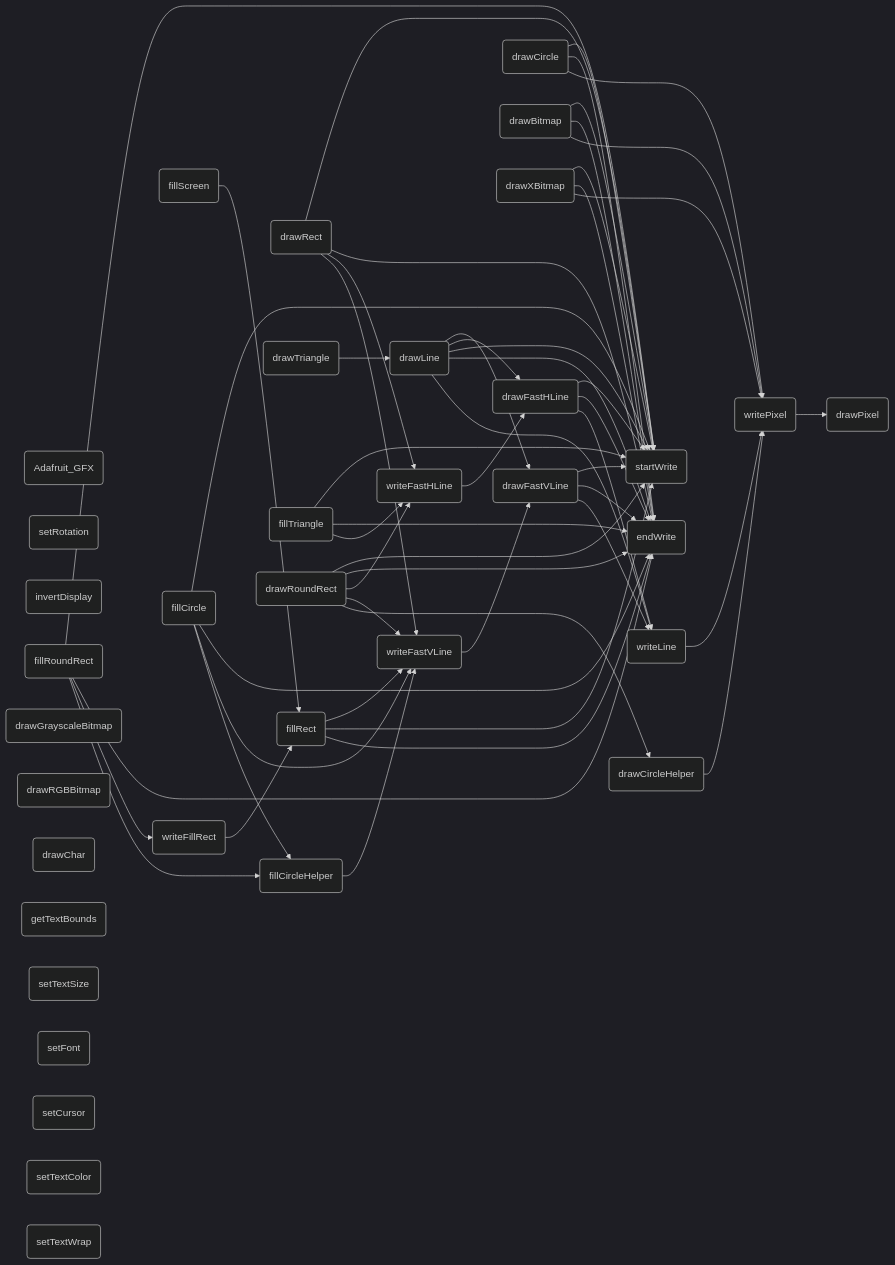
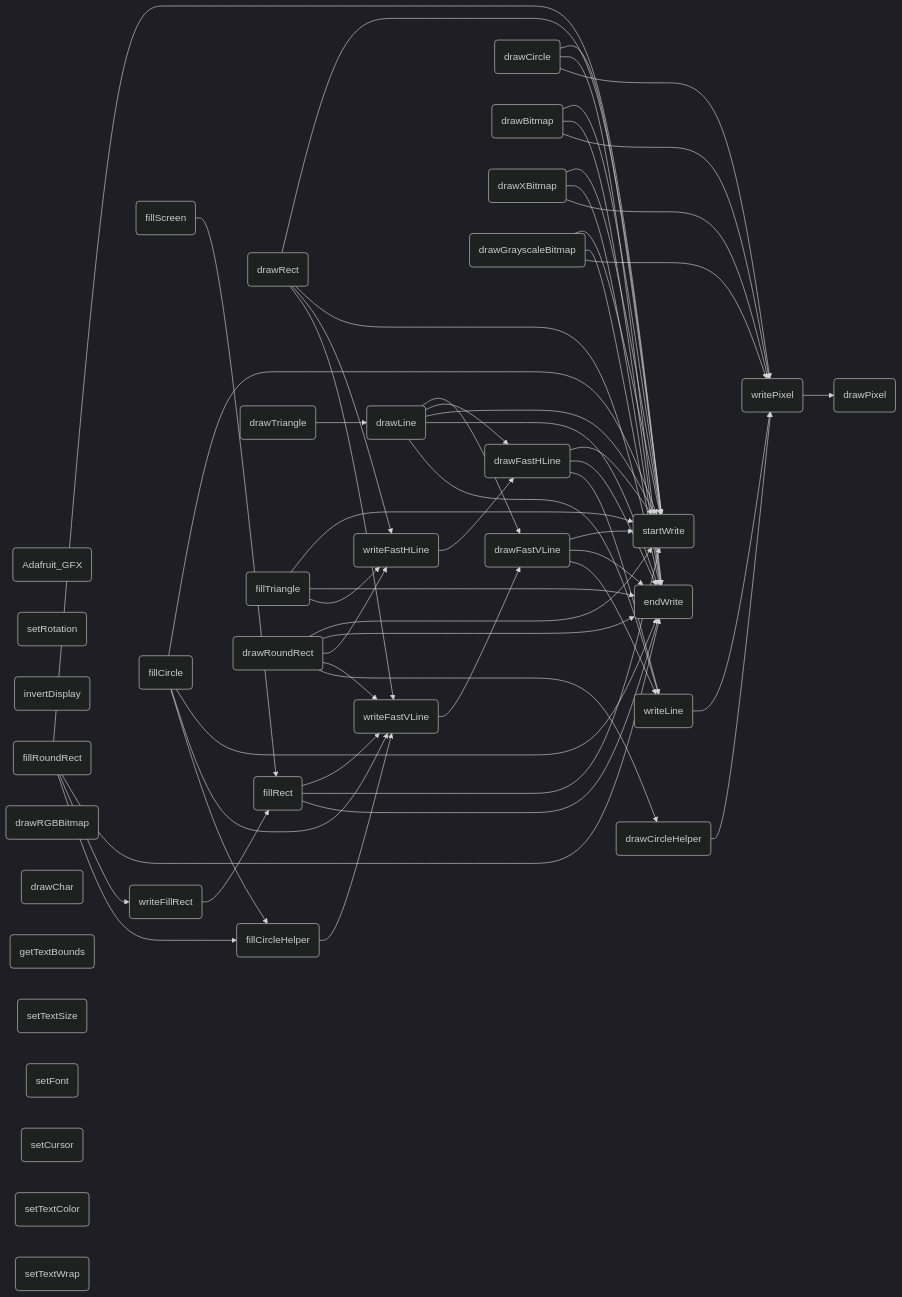
The diagram in all/未命名.md (icodezhanglei/iodraw-files), drawn with Mermaid (dark theme) before and after one commit.

Commit message:
2024-09-13 18:38:38 update

````diff
--- a/all/未命名.md
+++ b/all/未命名.md
@@ -1,66 +1,66 @@
 ```mermaid
 flowchart LR
 Adafruit_GF(Adafruit_GFX)
 drawPixel(drawPixel)
 startWrite(startWrite)
 endWrite(endWrite)
 writePixel(writePixel)
 writeFillRect(writeFillRect)
 writeFastVLine(writeFastVLine)
 writeFastHLine(writeFastHLine)
 writeLine(writeLine)
 setRotation(setRotation)
 invertDisplay(invertDisplay)
 drawFastVLine(drawFastVLine)
 drawFastHLine(drawFastHLine)
 fillRect(fillRect)
 fillScreen(fillScreen)
 drawLine(drawLine)
 drawRect(drawRect)
 drawCircle(drawCircle)
 drawCircleHelper(drawCircleHelper)
 fillCircle(fillCircle)
 fillCircleHelper(fillCircleHelper)
 drawTriangle(drawTriangle)
 fillTriangle(fillTriangle)
 drawRoundRect(drawRoundRect)
 fillRoundRect(fillRoundRect)
 drawBitmap(drawBitmap)
 drawXBitmap(drawXBitmap)
 drawGrayscaleBitmap(drawGrayscaleBitmap)
 drawRGBBitmap(drawRGBBitmap)
 drawChar(drawChar)
 getTextBounds(getTextBounds)
 setTextSize(setTextSize)
 setFont(setFont)
 setCursor(setCursor)
 setTextColor(setTextColor)
 setTextWrap(setTextWrap)
 
 writeLine --> writePixel --> drawPixel
 
 writeFastVLine --> drawFastVLine --> startWrite & endWrite
 drawFastVLine --> writeLine
 
 writeFastHLine --> drawFastHLine --> startWrite & endWrite
 drawFastHLine --> writeLine
 
 writeFillRect --> fillRect --> writeFastVLine & startWrite & endWrite
 
 fillScreen --> fillRect
 drawLine --> drawFastVLine & drawFastHLine & startWrite & endWrite & writeLine
 drawCircle --> startWrite & endWrite & writePixel
 drawCircleHelper --> writePixel
 fillCircle --> startWrite & endWrite & writeFastVLine & fillCircleHelper
 fillCircleHelper --> writeFastVLine
 drawRect --> startWrite & endWrite & writeFastHLine & writeFastVLine
 drawRoundRect --> startWrite & endWrite & writeFastHLine & writeFastVLine & drawCircleHelper
 fillRoundRect --> startWrite & endWrite & writeFillRect & fillCircleHelper
 drawTriangle --> drawLine
 fillTriangle --> startWrite & endWrite & writeFastHLine
 drawBitmap --> startWrite & endWrite & writePixel
 drawXBitmap --> startWrite & endWrite & writePixel
-drawGrayscaleBitmap
-
+drawGrayscaleBitmap --> startWrite & endWrite & writePixel
+drawRGBBitmap
 
 ```
````
